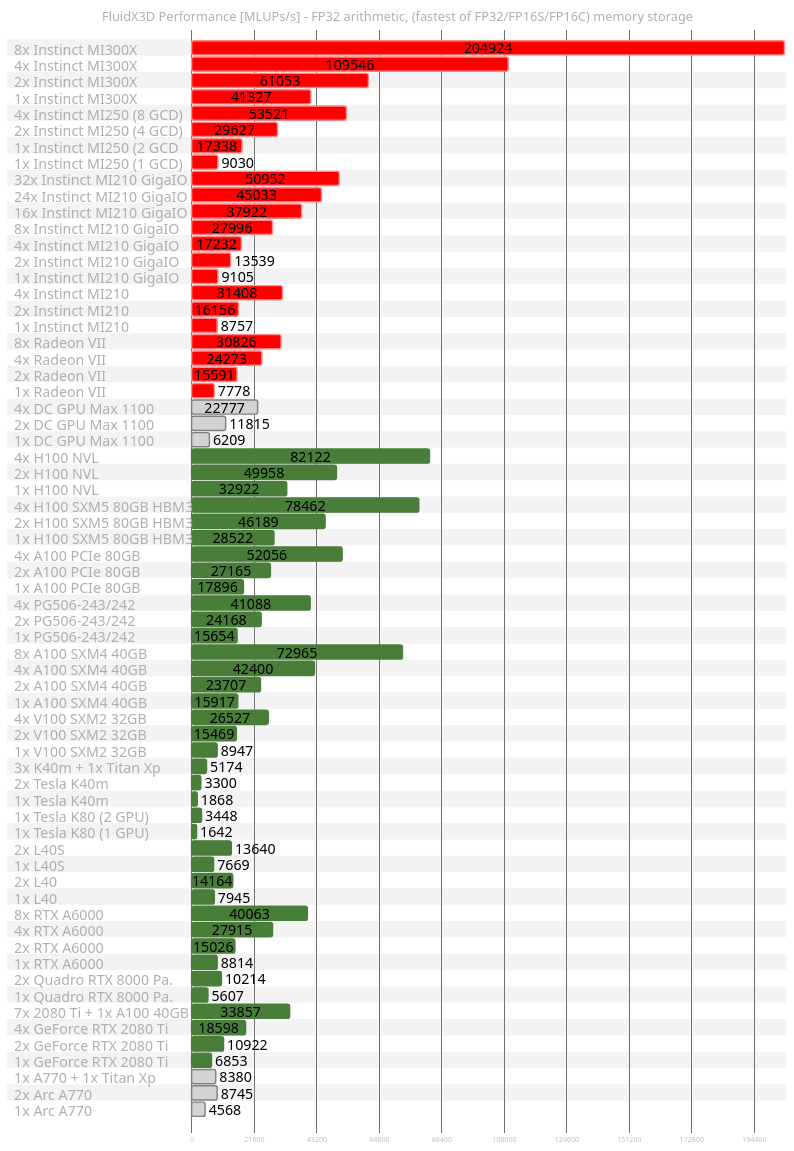
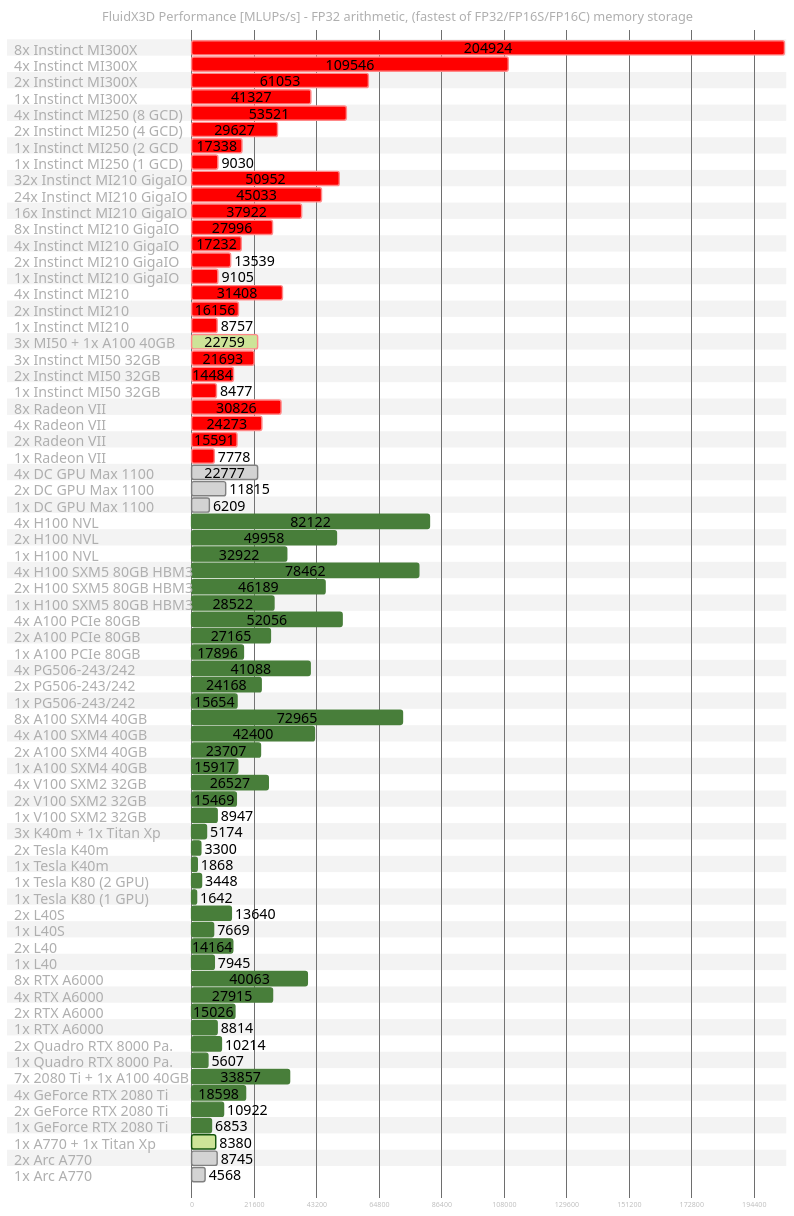
Before and after one commit to ProjectPhysX/FluidX3D: the second of 2 diagrams in README.md, drawn with Mermaid. The commit also changed other lines of this file and 1 other file, not shown here.

Commit message:
Added more benchmarks in Readme

```diff
--- a/README.md
+++ b/README.md
@@ -1243,6 +1246,15 @@
 	16156 :crit, 0, 16156
 section 1x Instinct MI210
 	8757 :crit, 0, 8757
+
+section 3x  MI50 + 1x A100 40GB
+	22759 :active,crit, 0, 22759
+section 3x Instinct MI50 32GB
+	21693 :crit, 0, 21693
+section 2x Instinct MI50 32GB
+	14484 :crit, 0, 14484
+section 1x Instinct MI50 32GB
+	8477 :crit, 0, 8477
 
 section 8x Radeon VII
 	30826 :crit, 0, 30826
@@ -1350,7 +1362,7 @@
 	6853 : 0, 6853
 
 section 1x A770 + 1x Titan Xp
-	8380 :done, 0, 8380
+	8380 :active,done, 0, 8380
 section 2x Arc A770
 	8745 :done, 0, 8745
 section 1x Arc A770
```
